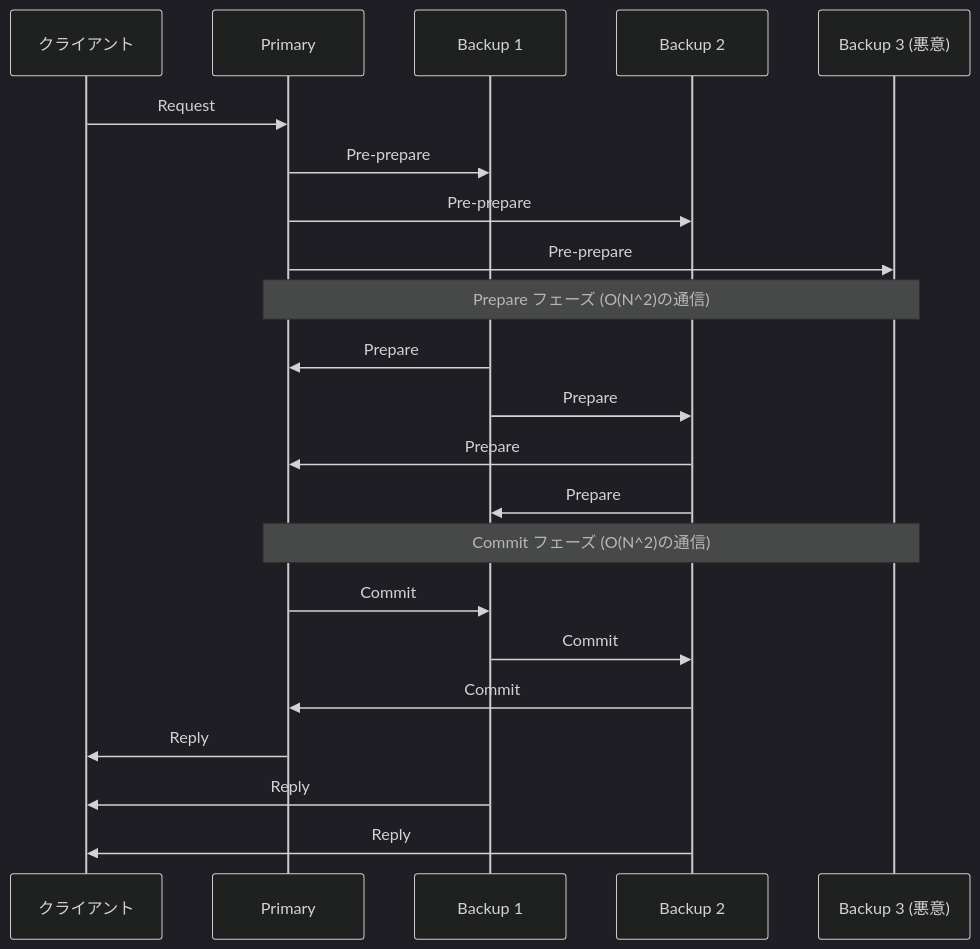
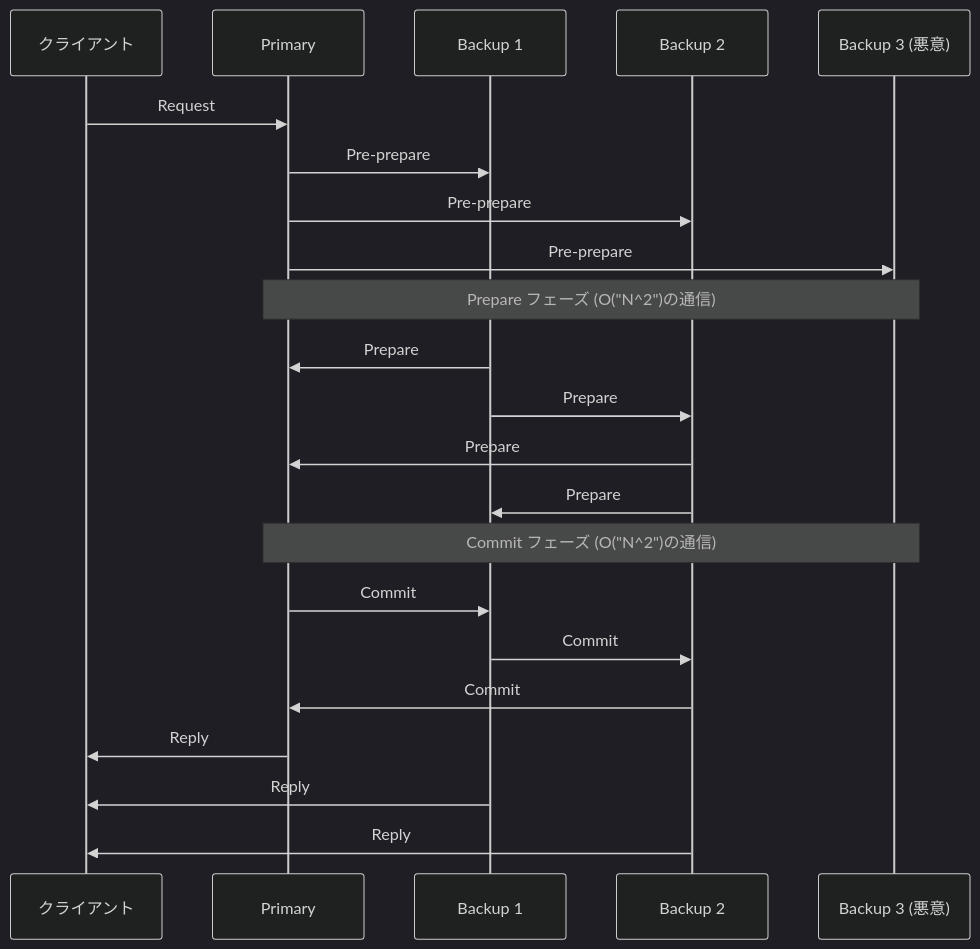
Before and after one commit to kenjinote/blog: the third of 3 diagrams in content/post/byzantine-generals-problem-consensus/index.md, drawn with Mermaid (dark theme). The commit also changed other lines of this file and 929 other files, not shown here.

Commit message:
fix: Add double quotes to all Mermaid node texts to resolve syntax errors

````diff
--- a/content/post/byzantine-generals-problem-consensus/index.md
+++ b/content/post/byzantine-generals-problem-consensus/index.md
@@ -242,28 +242,28 @@
 ```mermaid
 sequenceDiagram
     participant C as クライアント
     participant P as Primary
     participant B1 as Backup 1
     participant B2 as Backup 2
     participant B3 as Backup 3 (悪意)
 
     C->>P: Request
     P->>B1: Pre-prepare
     P->>B2: Pre-prepare
     P->>B3: Pre-prepare
     
-    Note over P,B3: Prepare フェーズ (O(N^2)の通信)
+    Note over P,B3: Prepare フェーズ (O("N^2")の通信)
     B1->>P: Prepare
     B1->>B2: Prepare
     B2->>P: Prepare
     B2->>B1: Prepare
     
-    Note over P,B3: Commit フェーズ (O(N^2)の通信)
+    Note over P,B3: Commit フェーズ (O("N^2")の通信)
     P->>B1: Commit
     B1->>B2: Commit
     B2->>P: Commit
     
     P->>C: Reply
     B1->>C: Reply
     B2->>C: Reply
 ```
````
